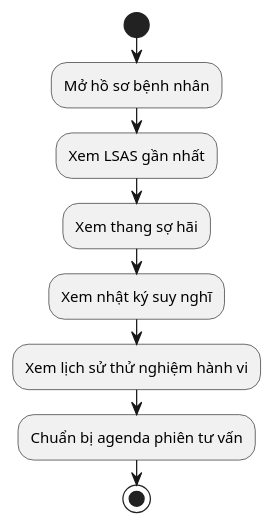
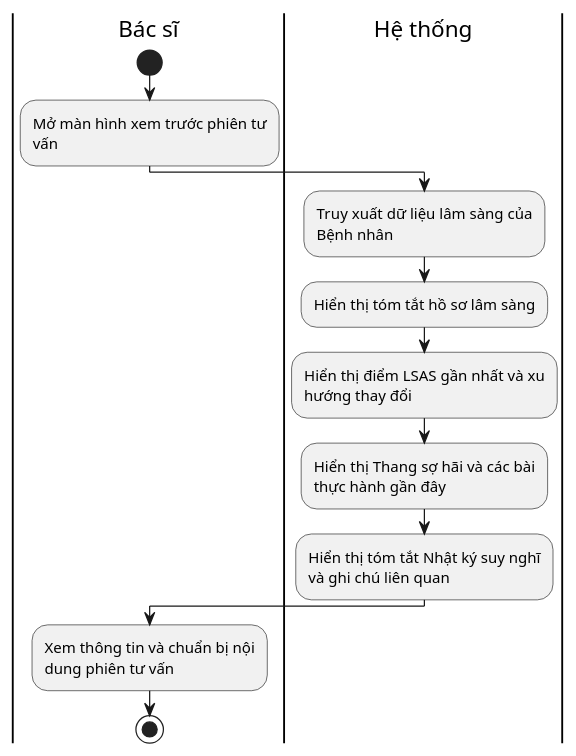
One commit to phuongtech24/do_an changed the diagram in docs/diagrams/Bieudohoatdong/uc09_pre_session_review_bieudohoatdong.puml. Above: the diagram before and after it, drawn with PlantUML. The commit also changed 61 other files, not shown here.

```diff
--- a/docs/diagrams/Bieudohoatdong/uc09_pre_session_review_bieudohoatdong.puml
+++ b/docs/diagrams/Bieudohoatdong/uc09_pre_session_review_bieudohoatdong.puml
@@ -1,11 +1,20 @@
 @startuml
 skinparam defaultFontName "Times New Roman"
+skinparam wrapWidth 200
+skinparam NodePadding 20
+
+|Bác sĩ|
 start
-:Mở hồ sơ bệnh nhân;
-:Xem LSAS gần nhất;
-:Xem thang sợ hãi;
-:Xem nhật ký suy nghĩ;
-:Xem lịch sử thử nghiệm hành vi;
-:Chuẩn bị agenda phiên tư vấn;
+:Mở màn hình xem trước phiên tư vấn;
+
+|Hệ thống|
+:Truy xuất dữ liệu lâm sàng của Bệnh nhân;
+:Hiển thị tóm tắt hồ sơ lâm sàng;
+:Hiển thị điểm LSAS gần nhất và xu hướng thay đổi;
+:Hiển thị Thang sợ hãi và các bài thực hành gần đây;
+:Hiển thị tóm tắt Nhật ký suy nghĩ và ghi chú liên quan;
+
+|Bác sĩ|
+:Xem thông tin và chuẩn bị nội dung phiên tư vấn;
 stop
 @enduml
```
